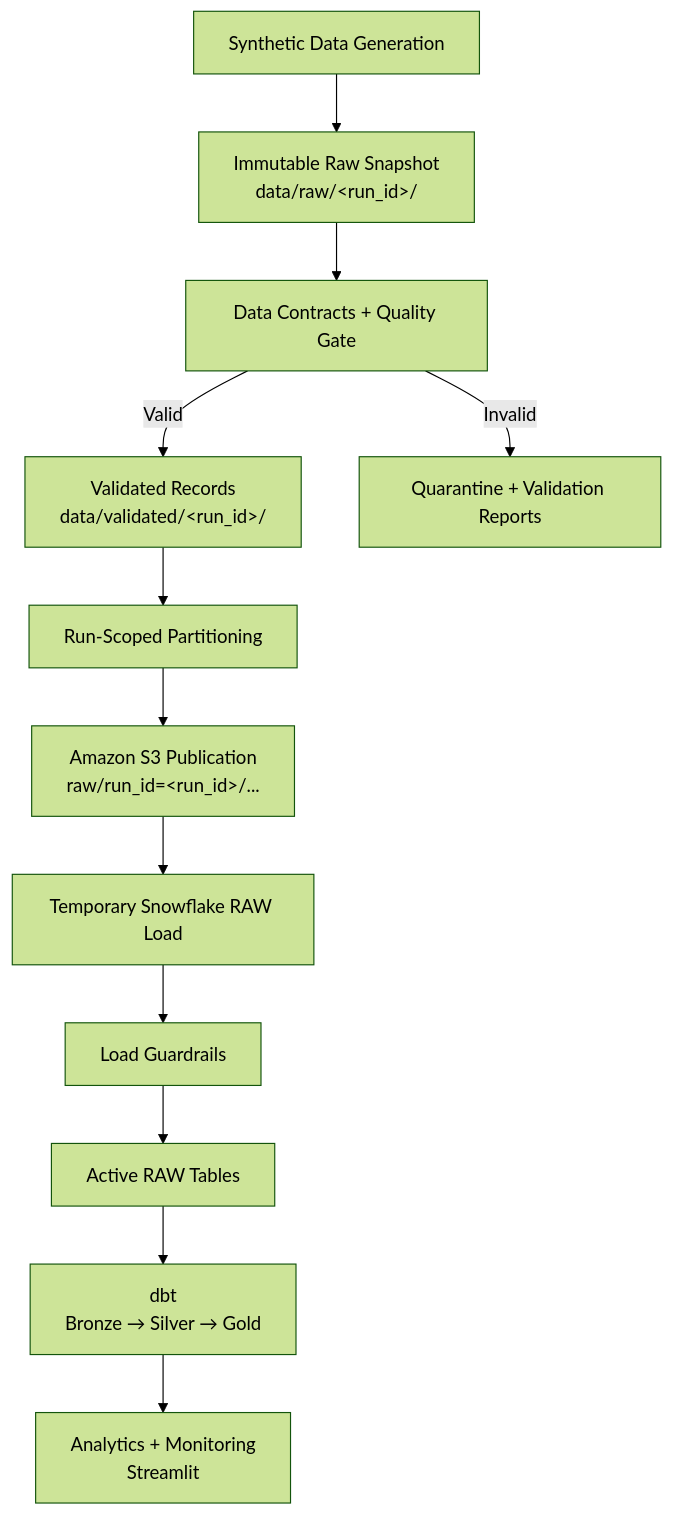
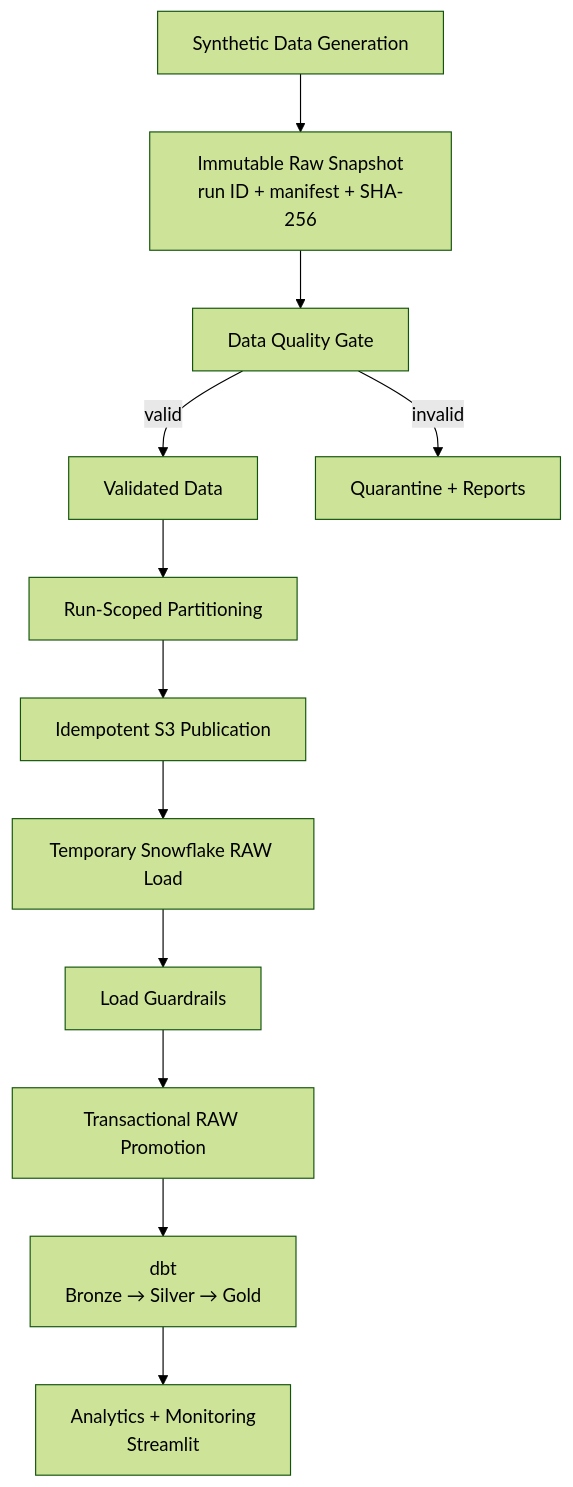
One commit to samahmedQA/fraud-dispute-analytics-pipeline changed the diagram in README.md. Above: the diagram before and after it, drawn with Mermaid (forest theme). The commit also changed other lines of this file, not shown here.

Commit message:
docs: restore simple architecture diagram

````diff
--- a/README.md
+++ b/README.md
@@ -181,27 +36,27 @@
 ```mermaid
 flowchart TD
     GEN["Synthetic Data Generation"]
-    RAW["Immutable Raw Snapshot<br/>data/raw/&lt;run_id&gt;/"]
-    DQ["Data Contracts + Quality Gate"]
-    VALID["Validated Records<br/>data/validated/&lt;run_id&gt;/"]
-    QUAR["Quarantine + Validation Reports"]
+    RAW["Immutable Raw Snapshot<br/>run ID + manifest + SHA-256"]
+    DQ["Data Quality Gate"]
+    VALID["Validated Data"]
+    QUAR["Quarantine + Reports"]
     PART["Run-Scoped Partitioning"]
-    S3["Amazon S3 Publication<br/>raw/run_id=&lt;run_id&gt;/..."]
+    S3["Idempotent S3 Publication"]
     TMP["Temporary Snowflake RAW Load"]
     GUARD["Load Guardrails"]
-    RAWDB["Active RAW Tables"]
+    RAWDB["Transactional RAW Promotion"]
     DBT["dbt<br/>Bronze → Silver → Gold"]
     OUT["Analytics + Monitoring<br/>Streamlit"]
 
     GEN --> RAW
     RAW --> DQ
-    DQ -->|Valid| VALID
-    DQ -->|Invalid| QUAR
+    DQ -->|valid| VALID
+    DQ -->|invalid| QUAR
     VALID --> PART
     PART --> S3
     S3 --> TMP
     TMP --> GUARD
     GUARD --> RAWDB
     RAWDB --> DBT
     DBT --> OUT
 ```
````
